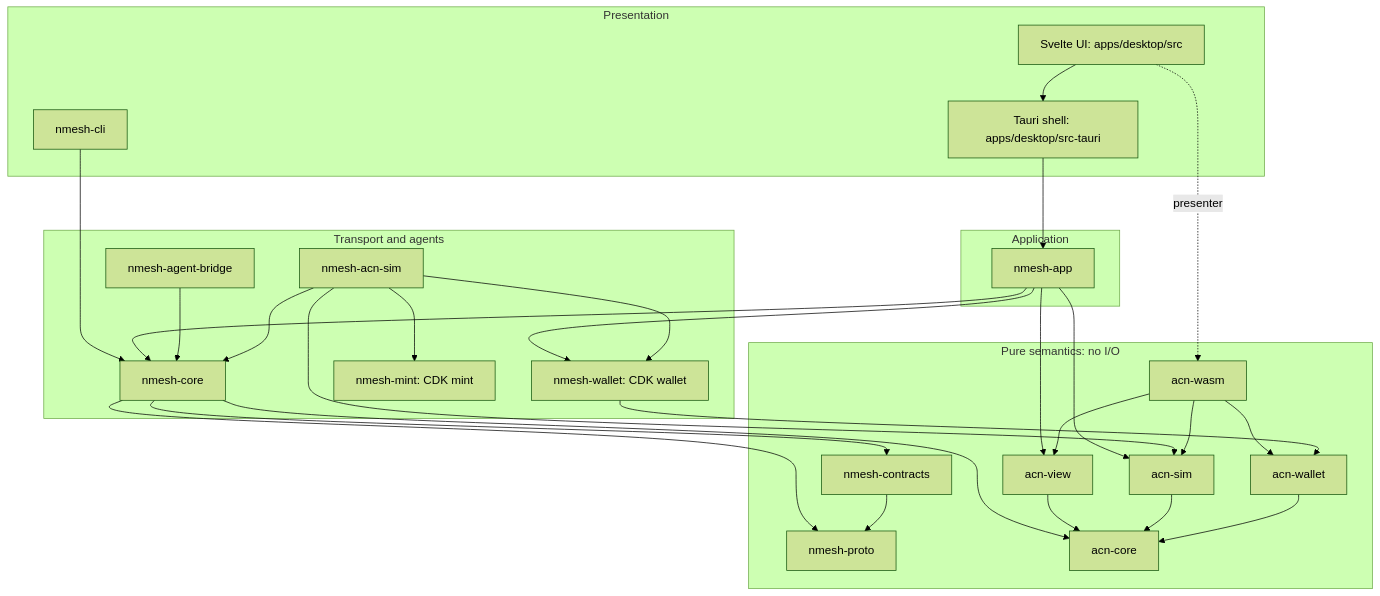
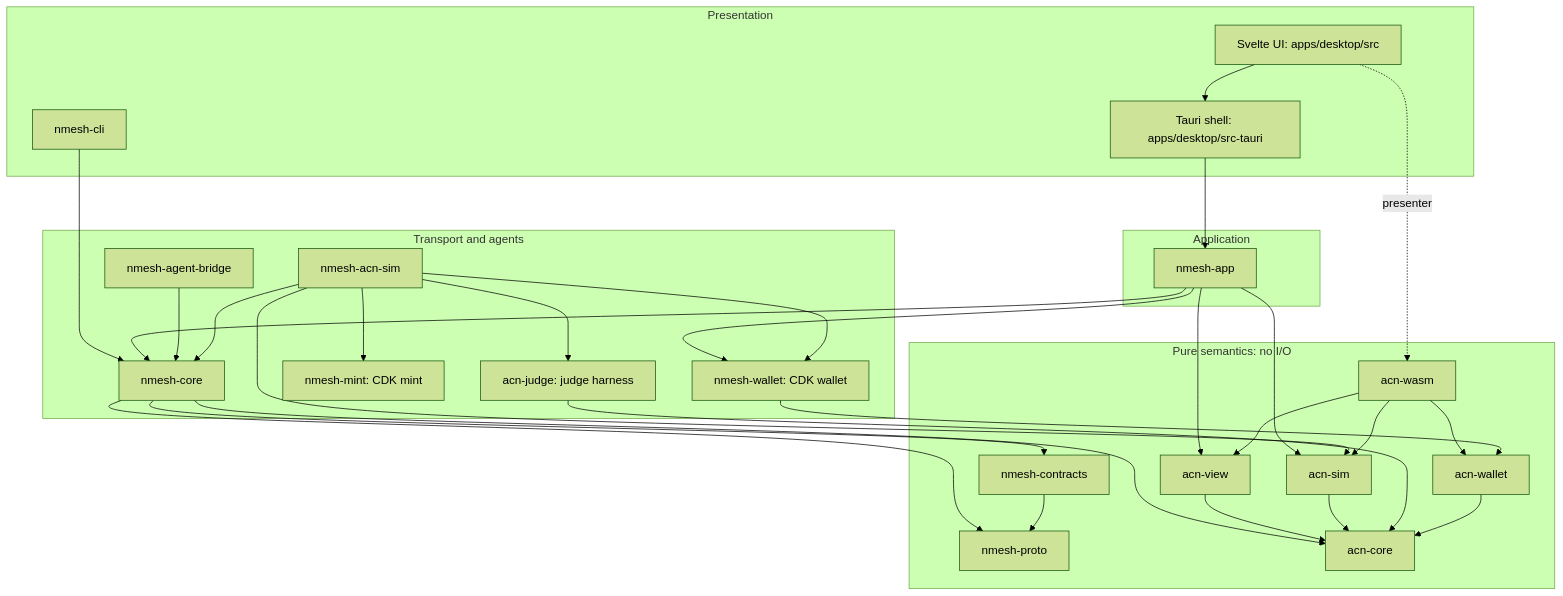
One commit to ilabra-axo/acn changed the second of 9 diagrams in docs/ARCHITECTURE.md. Above: the diagram before and after it, drawn with Mermaid (forest theme). The commit also changed other lines of this file and 18 other files, not shown here.

````diff
--- a/docs/ARCHITECTURE.md
+++ b/docs/ARCHITECTURE.md
@@ -48,50 +49,53 @@
 ```mermaid
 flowchart TB
     subgraph UI[Presentation]
         SV[Svelte UI: apps/desktop/src]
         TA[Tauri shell: apps/desktop/src-tauri]
         CLIc[nmesh-cli]
     end
     subgraph APP[Application]
         NA[nmesh-app]
     end
     subgraph IO[Transport and agents]
         NC[nmesh-core]
         BR[nmesh-agent-bridge]
         SIMc[nmesh-acn-sim]
         NWc[nmesh-wallet: CDK wallet]
         NMc[nmesh-mint: CDK mint]
+        AJ[acn-judge: judge harness]
     end
     subgraph PURE[Pure semantics: no I/O]
         NP[nmesh-proto]
         NK[nmesh-contracts]
         AC[acn-core]
         AV[acn-view]
         AS[acn-sim]
         AWL[acn-wallet]
         AW[acn-wasm]
     end
     SV --> TA --> NA
     SV -. presenter .-> AW
     CLIc --> NC
     NA --> NC
     NA --> AV
     NA --> AS
     BR --> NC
     SIMc --> NC
     SIMc --> AS
     NC --> NP
     NC --> NK
     NC --> AC
     NK --> NP
     AV --> AC
     AS --> AC
     AW --> AV
     AW --> AS
     AW --> AWL
     NA --> NWc
     SIMc --> NWc
     SIMc --> NMc
+    SIMc --> AJ
+    AJ --> AC
     NWc --> AWL
     AWL --> AC
 ```
````
